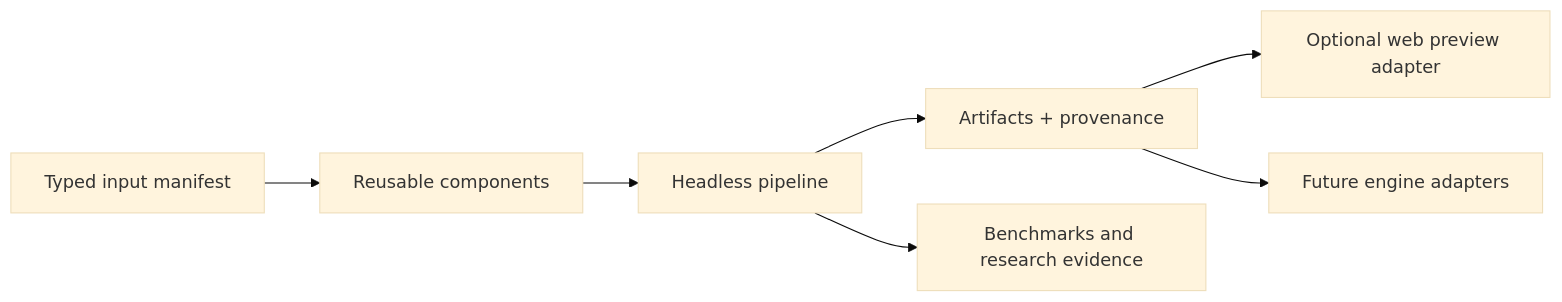
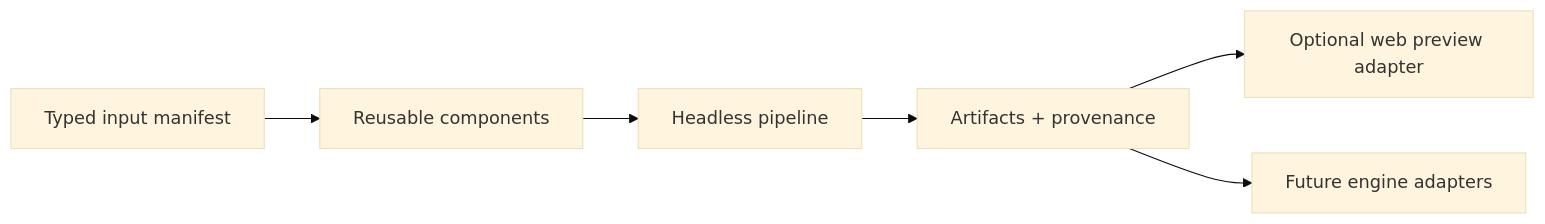
One commit to softmarshmallow/stage-gen changed the diagram in docs/spec/system-overview.md. Above: the diagram before and after it, drawn with Mermaid (base theme). The commit also changed 7 other files, not shown here.

````diff
--- a/docs/spec/system-overview.md
+++ b/docs/spec/system-overview.md
@@ -9,9 +9,8 @@
 ```mermaid
 flowchart LR
     I["Typed input manifest"] --> C["Reusable components"]
     C --> P["Headless pipeline"]
     P --> A["Artifacts + provenance"]
-    P --> B["Benchmarks and research evidence"]
     A --> W["Optional web preview adapter"]
     A --> E["Future engine adapters"]
 ```
````
